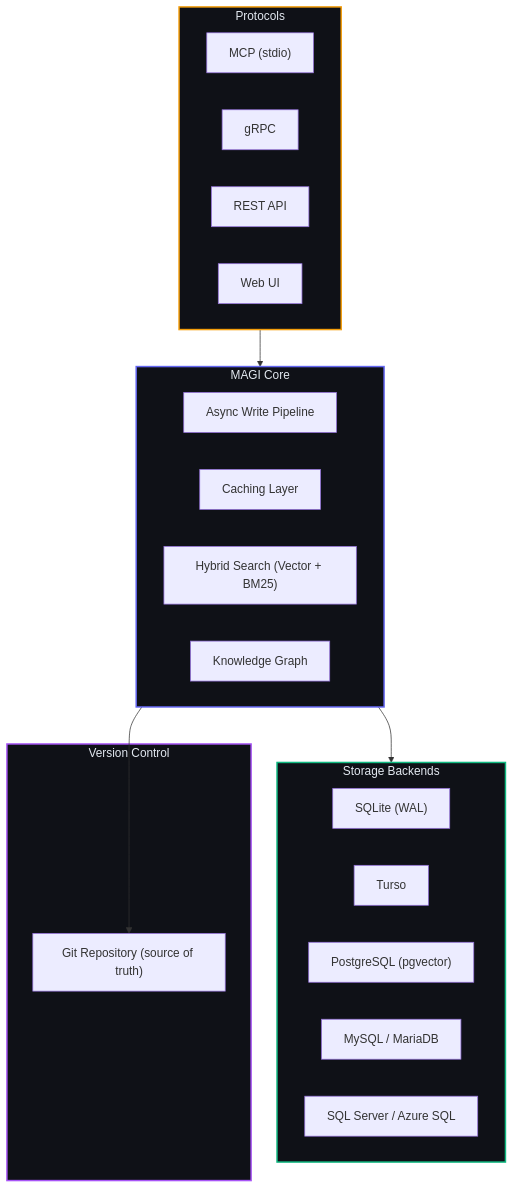
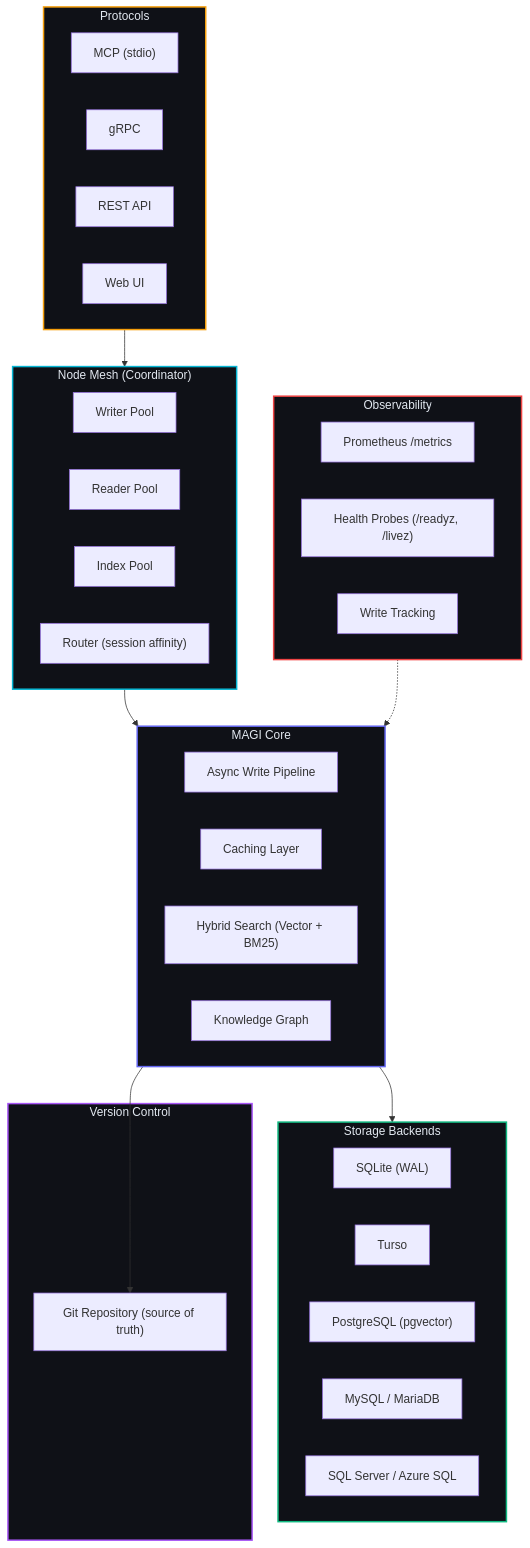
One commit to j33pguy/magi changed the third of 3 diagrams in README.md. Above: the diagram before and after it, drawn with Mermaid. The commit also changed other lines of this file and 5 other files, not shown here.

````diff
--- a/README.md
+++ b/README.md
@@ -149,37 +191,54 @@
 ```mermaid
 graph TB
     subgraph Protocols["Protocols"]
         MCP["MCP (stdio)"]
         GRPC["gRPC"]
         REST["REST API"]
         WEB["Web UI"]
+    end
+
+    subgraph Observability["Observability"]
+        METRICS["Prometheus /metrics"]
+        HEALTH["Health Probes (/readyz, /livez)"]
+        TRACKING["Write Tracking"]
+    end
+
+    subgraph NodeMesh["Node Mesh (Coordinator)"]
+        WRITER["Writer Pool"]
+        READER["Reader Pool"]
+        INDEX["Index Pool"]
+        ROUTER["Router (session affinity)"]
     end
 
     subgraph Core["MAGI Core"]
         ASYNC["Async Write Pipeline"]
         CACHE["Caching Layer"]
         SEARCH["Hybrid Search (Vector + BM25)"]
         GRAPH["Knowledge Graph"]
     end
 
     subgraph Storage["Storage Backends"]
         SQLITE["SQLite (WAL)"]
         TURSO["Turso"]
         PG["PostgreSQL (pgvector)"]
         MYSQL["MySQL / MariaDB"]
         MSSQL["SQL Server / Azure SQL"]
     end
 
     subgraph VCS["Version Control"]
         GIT["Git Repository (source of truth)"]
     end
 
-    Protocols --> Core
+    Protocols --> NodeMesh
+    NodeMesh --> Core
+    Observability -.-> Core
     Core --> Storage
     Core --> GIT
 
     style Protocols fill:#0f1117,stroke:#f59e0b,stroke-width:2px,color:#e2e8f0
+    style Observability fill:#0f1117,stroke:#ef4444,stroke-width:2px,color:#e2e8f0
+    style NodeMesh fill:#0f1117,stroke:#06b6d4,stroke-width:2px,color:#e2e8f0
     style Core fill:#0f1117,stroke:#6366f1,stroke-width:2px,color:#e2e8f0
     style Storage fill:#0f1117,stroke:#10b981,stroke-width:2px,color:#e2e8f0
     style VCS fill:#0f1117,stroke:#a855f7,stroke-width:2px,color:#e2e8f0
 ```
````
